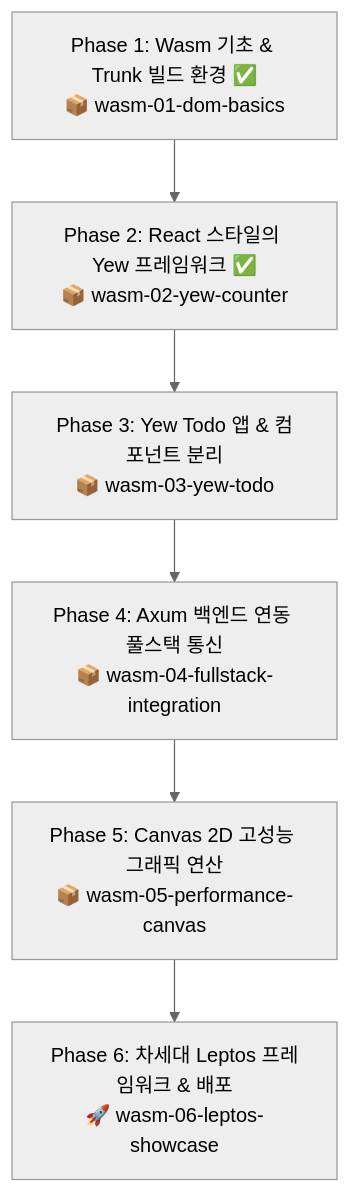
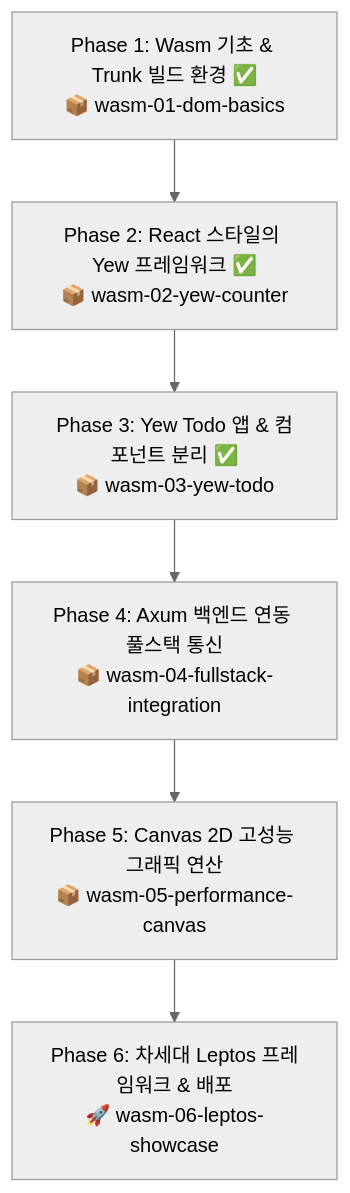
The diagram in docs/frontend/frontend_learning_plan.md (space-cap/rust-sandbox), drawn with Mermaid (neutral theme) before and after one commit. The commit also changed other lines of this file and 30 other files, not shown here.

Commit message:
기능구현: Phase 3 Yew Todo 앱 및 LocalStorage 연동 (wasm-03-yew-todo) 완성

````diff
--- a/docs/frontend/frontend_learning_plan.md
+++ b/docs/frontend/frontend_learning_plan.md
@@ -21,8 +21,8 @@
 ```mermaid
 flowchart TD
     F1["Phase 1: Wasm 기초 & Trunk 빌드 환경 ✅<br/>📦 wasm-01-dom-basics"] --> F2["Phase 2: React 스타일의 Yew 프레임워크 ✅<br/>📦 wasm-02-yew-counter"]
-    F2 --> F3["Phase 3: Yew Todo 앱 & 컴포넌트 분리<br/>📦 wasm-03-yew-todo"]
+    F2 --> F3["Phase 3: Yew Todo 앱 & 컴포넌트 분리 ✅<br/>📦 wasm-03-yew-todo"]
     F3 --> F4["Phase 4: Axum 백엔드 연동 풀스택 통신<br/>📦 wasm-04-fullstack-integration"]
     F4 --> F5["Phase 5: Canvas 2D 고성능 그래픽 연산<br/>📦 wasm-05-performance-canvas"]
     F5 --> F6["Phase 6: 차세대 Leptos 프레임워크 & 배포<br/>🚀 wasm-06-leptos-showcase"]
 ```
````
